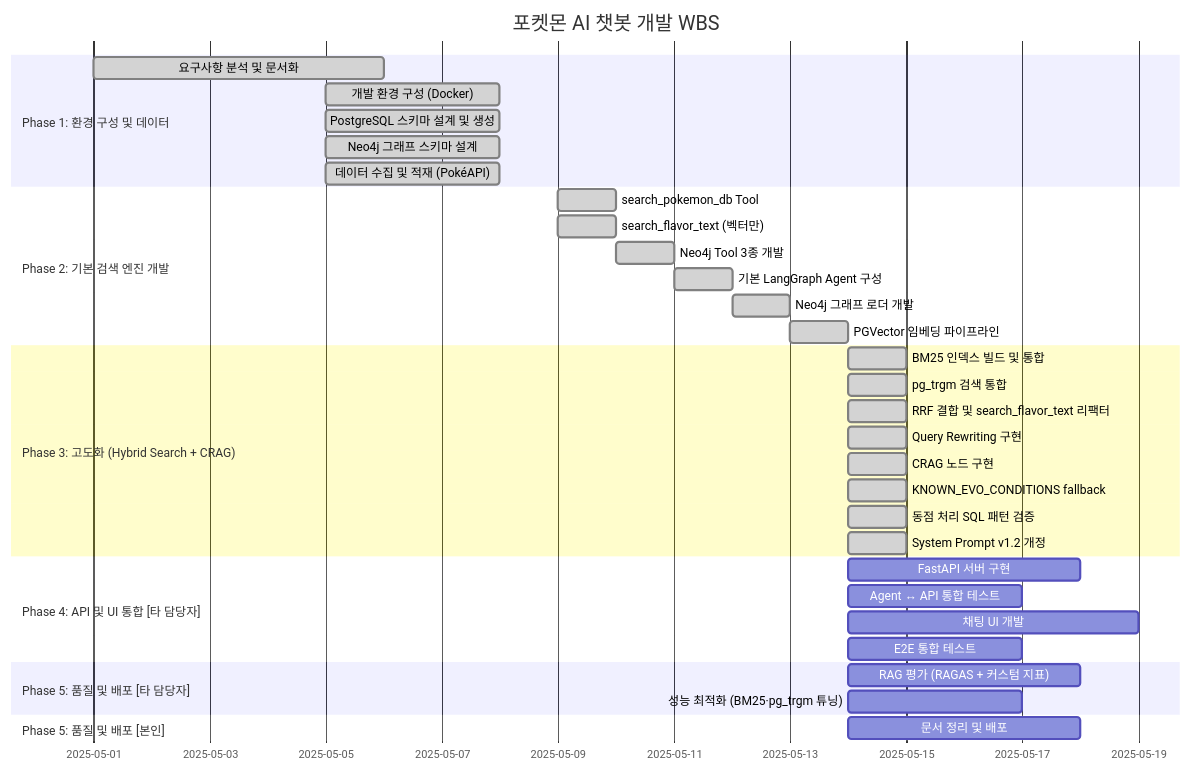
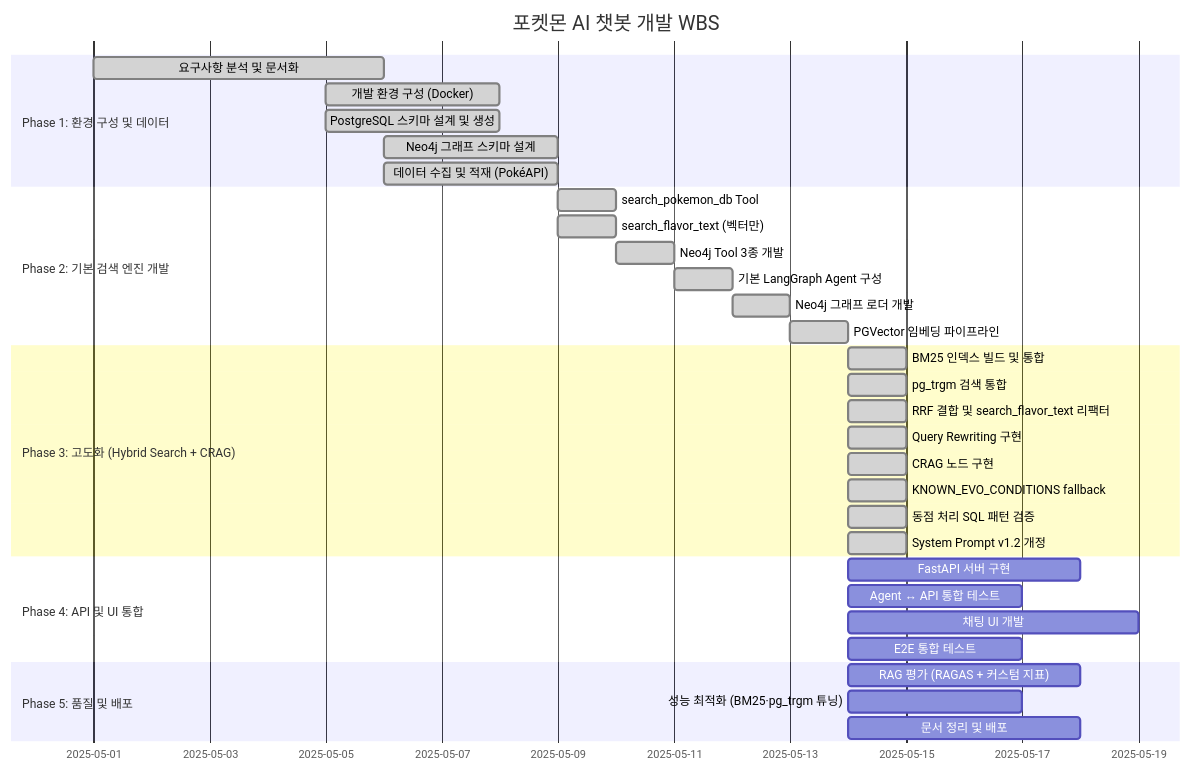
Before and after one commit to SKNETWORKS-FAMILY-AICAMP/SKN27-3rd-3TEAM: the diagram in docs/챗봇/09_WBS.md, drawn with Mermaid.

Commit message:
wbs수정

````diff
--- a/docs/챗봇/09_WBS.md
+++ b/docs/챗봇/09_WBS.md
@@ -13,41 +13,40 @@
 ```mermaid
 gantt
     title 포켓몬 AI 챗봇 개발 WBS
     dateFormat  YYYY-MM-DD
     section Phase 1: 환경 구성 및 데이터
         요구사항 분석 및 문서화         :done,    p1-1, 2025-05-01, 5d
         개발 환경 구성 (Docker)         :done,    p1-2, 2025-05-05, 3d
         PostgreSQL 스키마 설계 및 생성  :done,    p1-3, 2025-05-05, 3d
-        Neo4j 그래프 스키마 설계        :done,    p1-4, 2025-05-05, 3d
-        데이터 수집 및 적재 (PokéAPI)   :done,    p1-5, 2025-05-05, 3d
+        Neo4j 그래프 스키마 설계        :done,    p1-4, 2025-05-06, 3d
+        데이터 수집 및 적재 (PokéAPI)   :done,    p1-5, 2025-05-06, 3d
 
     section Phase 2: 기본 검색 엔진 개발
         search_pokemon_db Tool        :done,    p2-3, 2025-05-09, 1d
         search_flavor_text (벡터만)    :done,    p2-4, 2025-05-09, 1d
         Neo4j Tool 3종 개발            :done,    p2-5, 2025-05-10, 1d
         기본 LangGraph Agent 구성      :done,    p2-6, 2025-05-11, 1d
         Neo4j 그래프 로더 개발         :done,    p2-2, 2025-05-12, 1d
         PGVector 임베딩 파이프라인     :done,    p2-1, 2025-05-13, 1d
 
     section Phase 3: 고도화 (Hybrid Search + CRAG)
         BM25 인덱스 빌드 및 통합       :done,  p3-1, 2025-05-14, 1d
         pg_trgm 검색 통합              :done,  p3-2, 2025-05-14, 1d
         RRF 결합 및 search_flavor_text 리팩터 :done, p3-3, 2025-05-14, 1d
         Query Rewriting 구현          : done,        p3-4, 2025-05-14, 1d
         CRAG 노드 구현                : done,        p3-5, 2025-05-14, 1d
         KNOWN_EVO_CONDITIONS fallback :  done,       p3-6, 2025-05-14, 1d
         동점 처리 SQL 패턴 검증        : done,        p3-7, 2025-05-14, 1d
         System Prompt v1.2 개정       :  done,       p3-8, 2025-05-14, 1d
 
-    section Phase 4: API 및 UI 통합 [타 담당자]
+    section Phase 4: API 및 UI 통합 
         FastAPI 서버 구현              :         p4-1, 2025-05-14, 4d
         Agent ↔ API 통합 테스트        :         p4-2, 2025-05-14, 3d
         채팅 UI 개발                   :         p4-3, 2025-05-14, 5d
         E2E 통합 테스트                :         p4-4, 2025-05-14, 3d
 
-    section Phase 5: 품질 및 배포 [타 담당자]
+    section Phase 5: 품질 및 배포 
         RAG 평가 (RAGAS + 커스텀 지표) :         p5-1, 2025-05-14, 4d
         성능 최적화 (BM25·pg_trgm 튜닝):         p5-2, 2025-05-14, 3d
-    section Phase 5: 품질 및 배포 [본인]
         문서 정리 및 배포              :         p5-3, 2025-05-14, 4d
 ```
````
